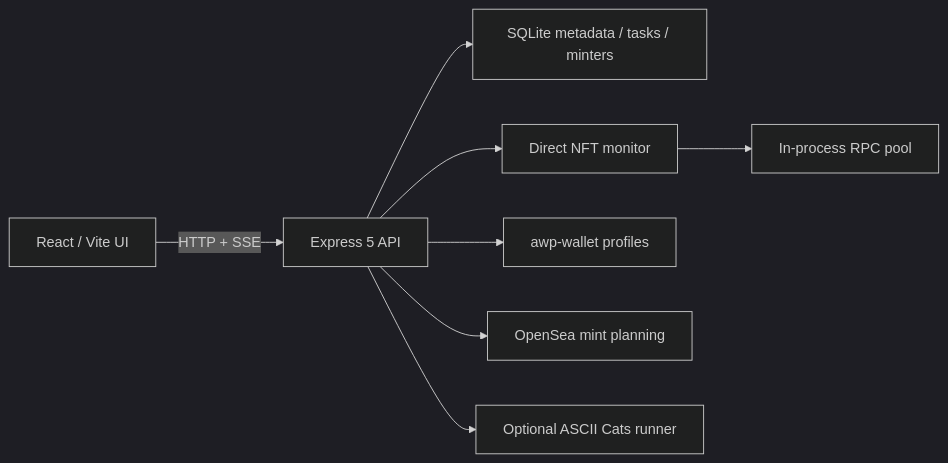
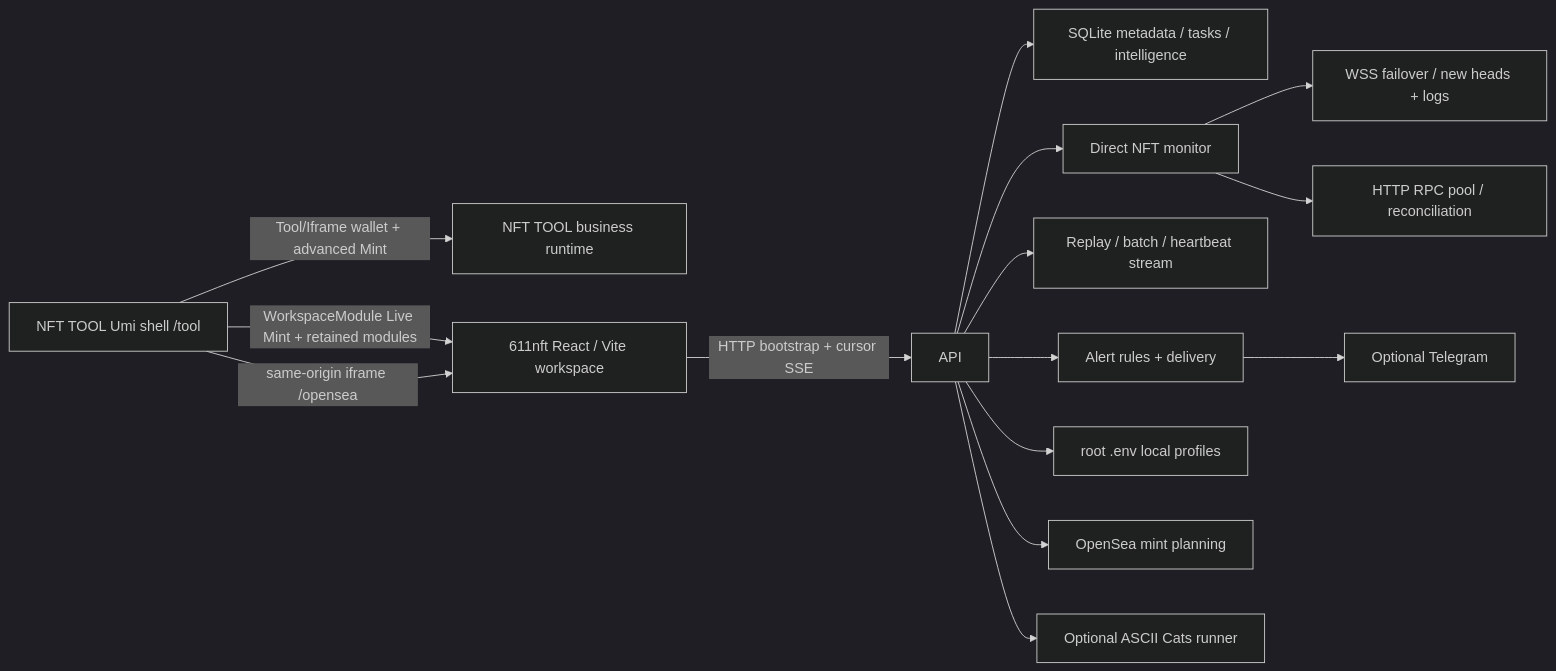
One commit to xiaobao-ops/611nft changed the diagram in DESIGN.md. Above: the diagram before and after it, drawn with Mermaid (dark theme). The commit also changed other lines of this file and 408 other files, not shown here.

````diff
--- a/DESIGN.md
+++ b/DESIGN.md
@@ -9,10 +9,17 @@
 ```mermaid
 flowchart LR
-  UI["React / Vite UI"] -->|"HTTP + SSE"| API["Express 5 API"]
-  API --> DB["SQLite metadata / tasks / minters"]
+  SHELL["NFT TOOL Umi shell /tool"] -->|"Tool/Iframe wallet + advanced Mint"| NFTTOOL["NFT TOOL business runtime"]
+  SHELL -->|"WorkspaceModule Live Mint + retained modules"| UI["611nft React / Vite workspace"]
+  SHELL -->|"same-origin iframe /opensea"| UI
+  UI -->|"HTTP bootstrap + cursor SSE"| API
+  API --> DB["SQLite metadata / tasks / intelligence"]
   API --> MON["Direct NFT monitor"]
-  MON --> POOL["In-process RPC pool"]
-  API --> AWP["awp-wallet profiles"]
+  MON --> WSS["WSS failover / new heads + logs"]
+  MON --> POOL["HTTP RPC pool / reconciliation"]
+  API --> RT["Replay / batch / heartbeat stream"]
+  API --> ALERT["Alert rules + delivery"]
+  ALERT --> TG["Optional Telegram"]
+  API --> SIGNER["root .env local profiles"]
   API --> PLAN["OpenSea mint planning"]
   API --> ASCII["Optional ASCII Cats runner"]
 ```
````
